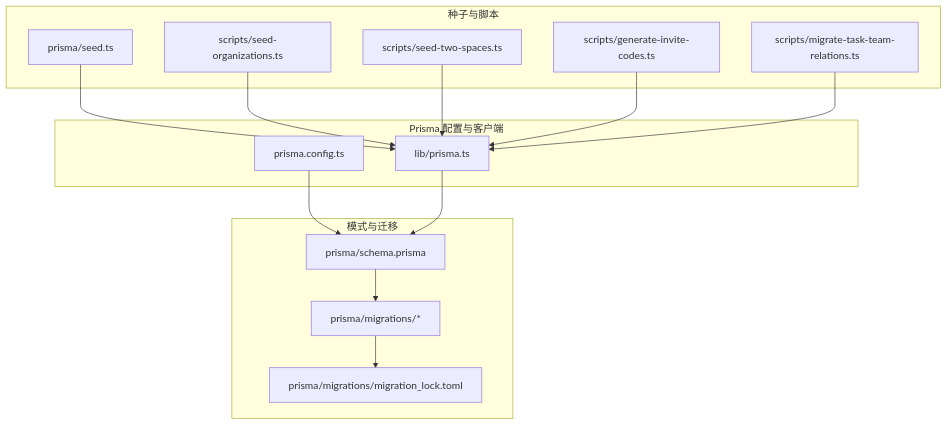
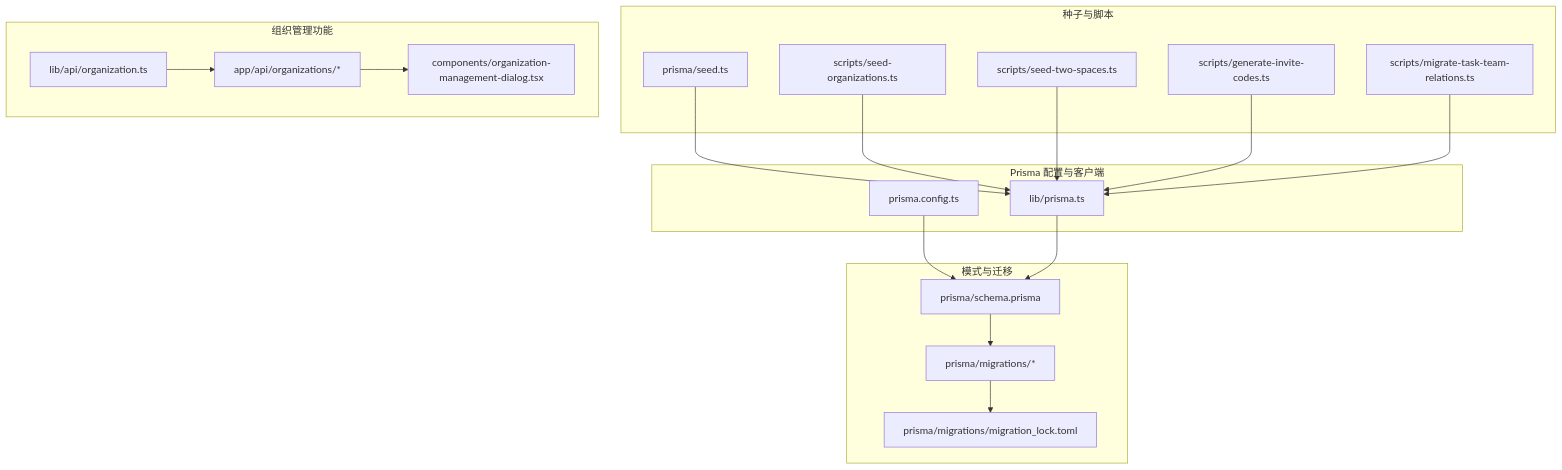
Before and after one commit to tutusiji/calendar-task-manager: the first of 6 diagrams in .qoder/repowiki/zh/content/数据库设计/迁移与种子数据.md, drawn with Mermaid. The commit also changed other lines of this file and 4 other files, not shown here.

````diff
--- a/.qoder/repowiki/zh/content/数据库设计/迁移与种子数据.md
+++ b/.qoder/repowiki/zh/content/数据库设计/迁移与种子数据.md
@@ -39,28 +55,35 @@
 ```mermaid
 graph TB
 subgraph "Prisma 配置与客户端"
 CFG["prisma.config.ts"]
 LIB["lib/prisma.ts"]
 end
 subgraph "模式与迁移"
 SCHEMA["prisma/schema.prisma"]
 MIGLOCK["prisma/migrations/migration_lock.toml"]
 MIGROOT["prisma/migrations/*"]
 end
 subgraph "种子与脚本"
 SEED["prisma/seed.ts"]
 SEED_ORG["scripts/seed-organizations.ts"]
 SEED_TWO["scripts/seed-two-spaces.ts"]
 GEN_CODES["scripts/generate-invite-codes.ts"]
 MIG_REL["scripts/migrate-task-team-relations.ts"]
 end
+subgraph "组织管理功能"
+ORG_API["app/api/organizations/*"]
+ORG_UI["components/organization-management-dialog.tsx"]
+ORG_TYPES["lib/api/organization.ts"]
+end
 CFG --> SCHEMA
 LIB --> SCHEMA
 SCHEMA --> MIGROOT
 MIGROOT --> MIGLOCK
 SEED --> LIB
 SEED_ORG --> LIB
 SEED_TWO --> LIB
 GEN_CODES --> LIB
 MIG_REL --> LIB
+ORG_API --> ORG_UI
+ORG_TYPES --> ORG_API
 ```
````
